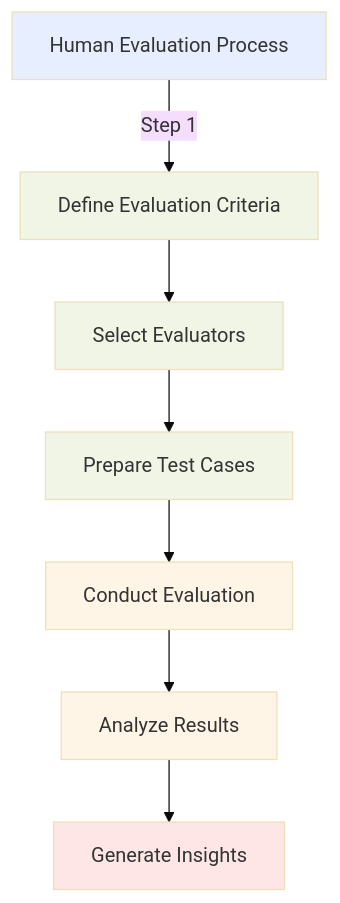
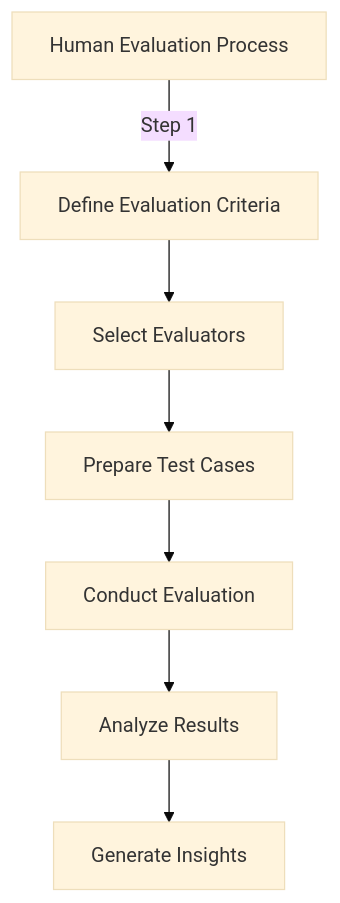
The first of 4 diagrams in english/30_40_Methods_to_evaluate_foundation_model_performance.md (CloudCityPress/aws-aif-c01), drawn with Mermaid (base theme) before and after one commit. The commit also changed other lines of this file and 16 other files, not shown here.

Commit message:
updating Mermaids

````diff
--- a/english/30_40_Methods_to_evaluate_foundation_model_performance.md
+++ b/english/30_40_Methods_to_evaluate_foundation_model_performance.md
@@ -15,16 +15,10 @@
 ```mermaid
 flowchart TD
     A[Human Evaluation Process] -->|Step 1| B[Define Evaluation Criteria]
     B --> C[Select Evaluators]
     C --> D[Prepare Test Cases]
     D --> E[Conduct Evaluation]
     E --> F[Analyze Results]
     F --> G[Generate Insights]
-    style A fill:#e6eeff
-    style B fill:#f0f5e6
-    style C fill:#f0f5e6
-    style D fill:#f0f5e6
-    style E fill:#fff5e6
-    style F fill:#fff5e6
-    style G fill:#ffe6e6
+
 ```
````
